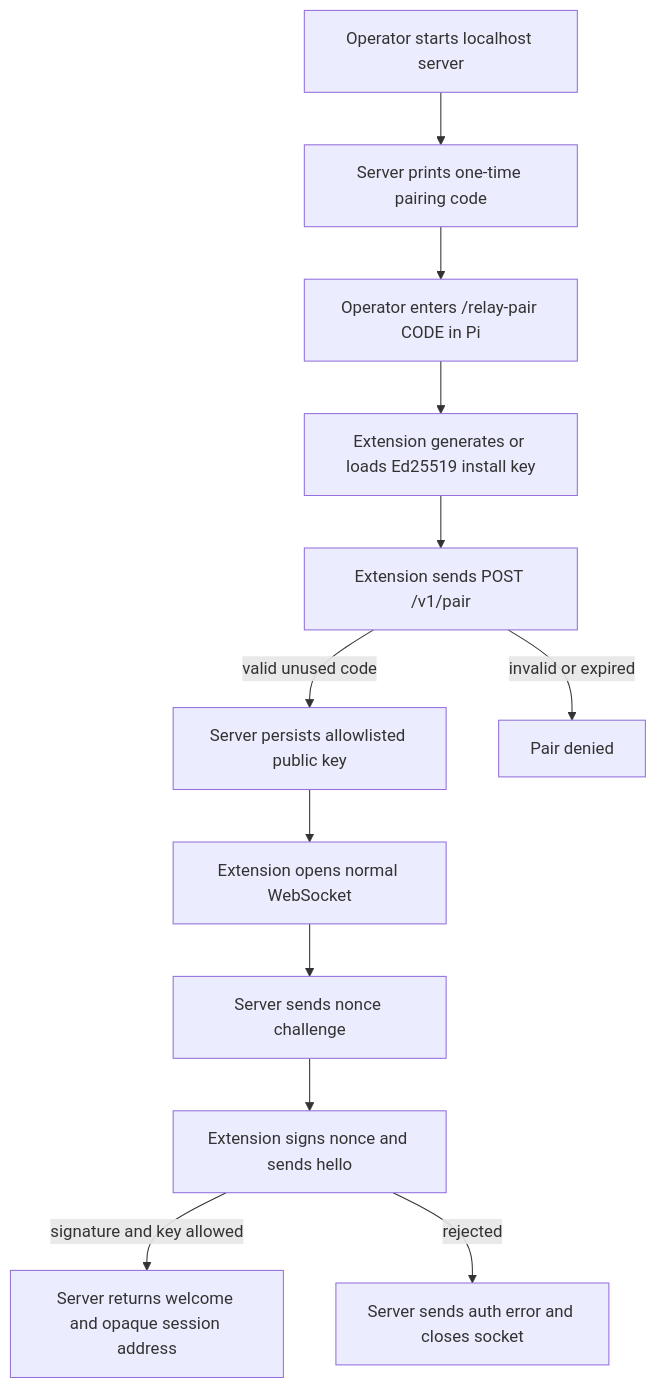
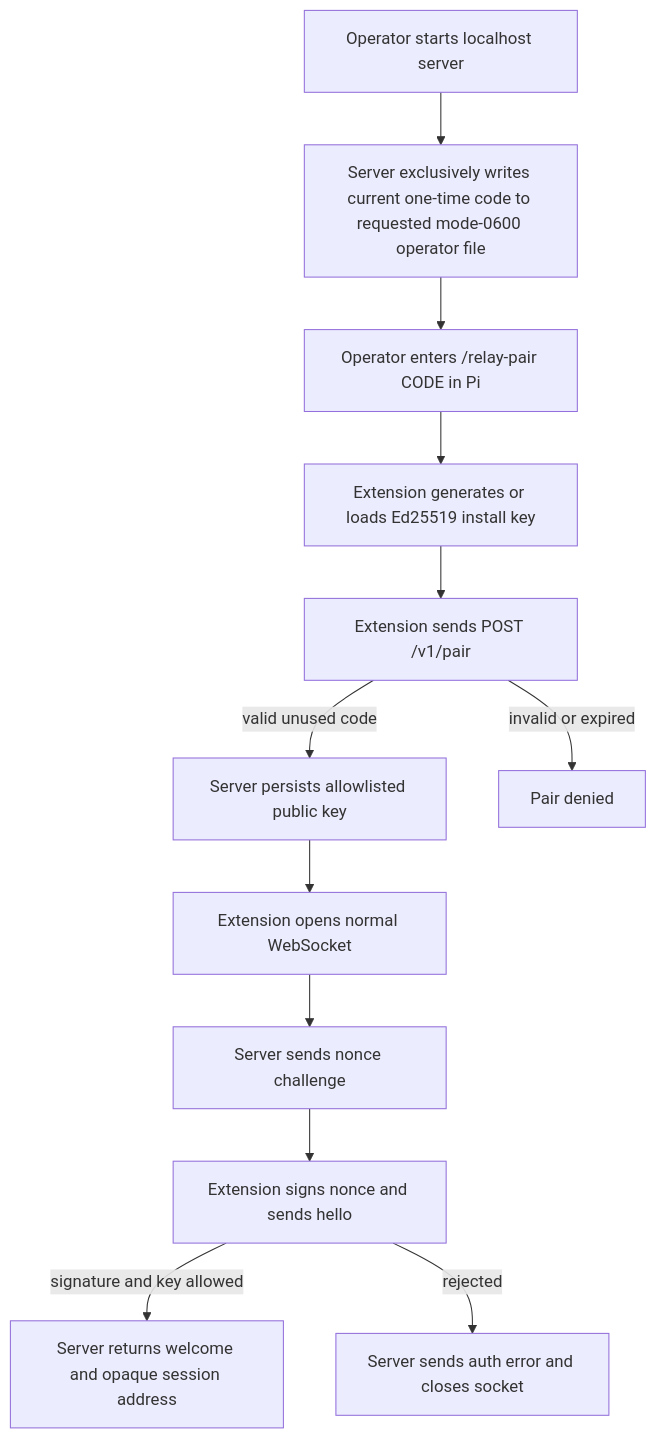
The first of 3 diagrams in docs/src/content/docs/developer/protocol/online-relay-api-v1.mdx (tigorlazuardi/pi-messaging-relay), drawn with Mermaid before and after one commit. The commit also changed other lines of this file and 16 other files, not shown here.

````diff
--- a/docs/src/content/docs/developer/protocol/online-relay-api-v1.mdx
+++ b/docs/src/content/docs/developer/protocol/online-relay-api-v1.mdx
@@ -57,14 +57,14 @@
 ```mermaid
 flowchart TD
-    O[Operator starts localhost server] --> C[Server prints one-time pairing code]
+    O[Operator starts localhost server] --> C[Server exclusively writes current one-time code to requested mode-0600 operator file]
     C --> P[Operator enters /relay-pair CODE in Pi]
     P --> K[Extension generates or loads Ed25519 install key]
     K --> R[Extension sends POST /v1/pair]
     R -->|valid unused code| A[Server persists allowlisted public key]
     R -->|invalid or expired| X[Pair denied]
     A --> S[Extension opens normal WebSocket]
     S --> H[Server sends nonce challenge]
     H --> G[Extension signs nonce and sends hello]
     G -->|signature and key allowed| W[Server returns welcome and opaque session address]
     G -->|rejected| Z[Server sends auth error and closes socket]
 ```
````
